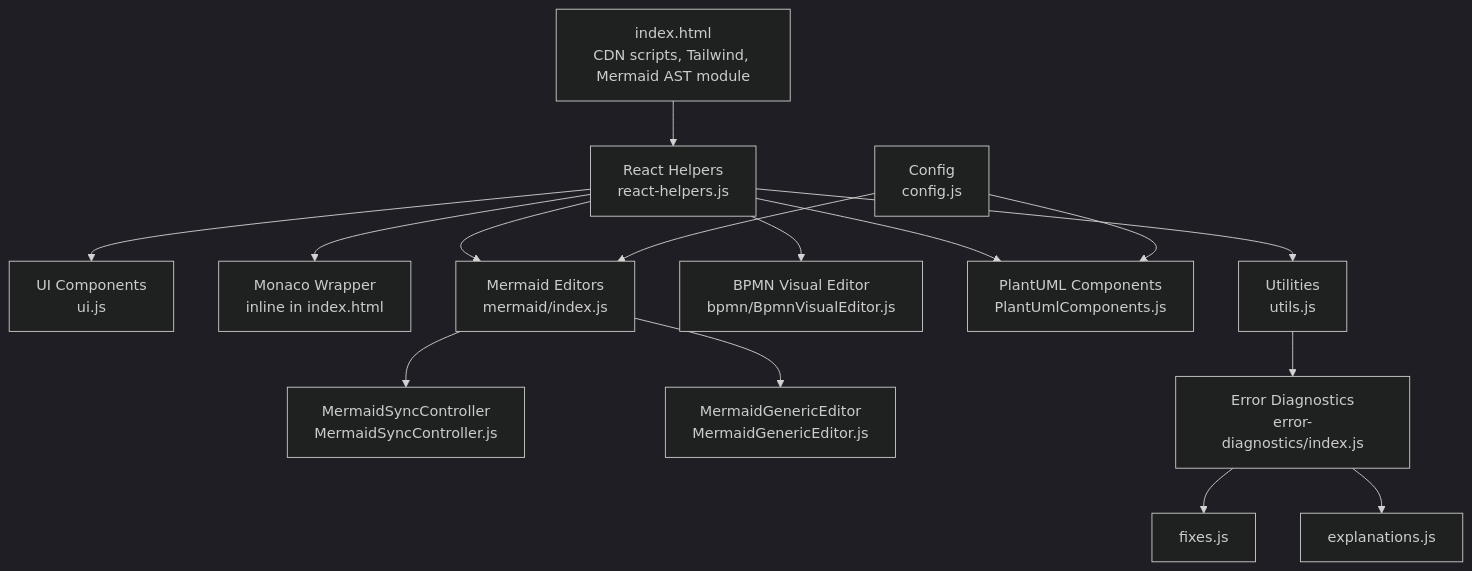
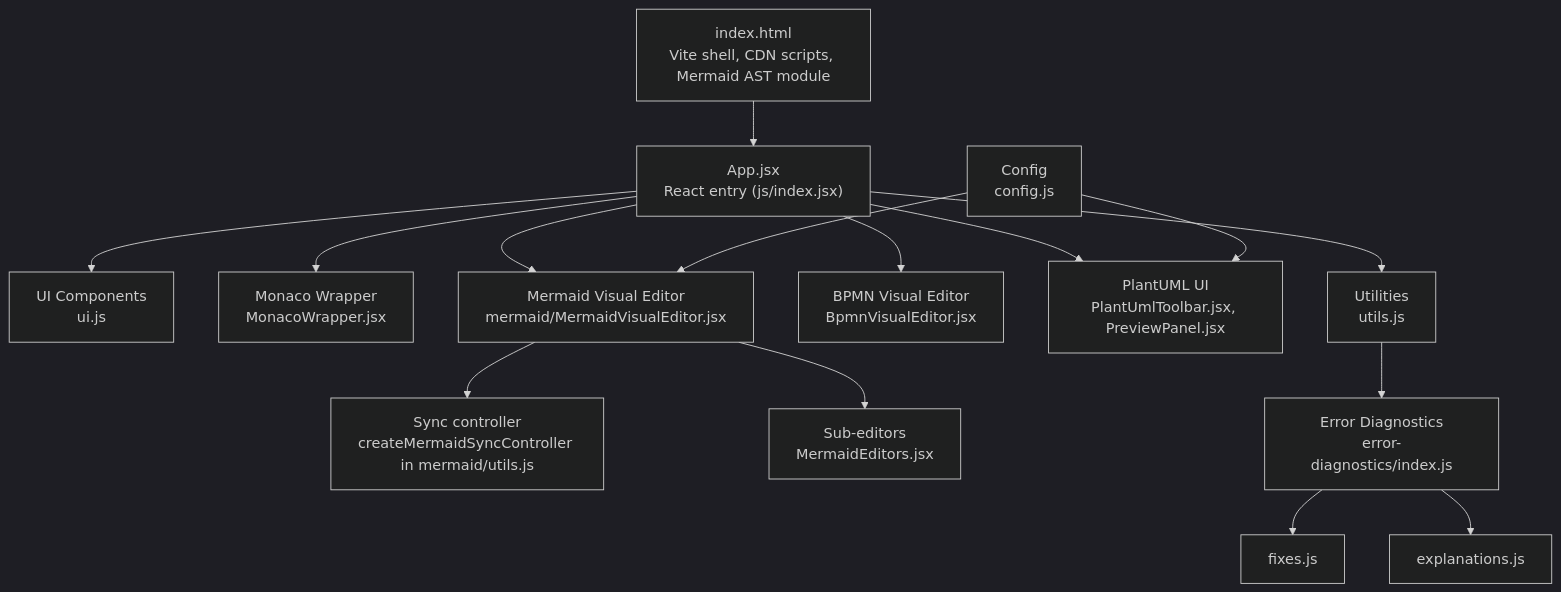
The first of 6 diagrams in .qoder/repowiki/en/content/Advanced Features/Performance Optimization.md (ongchonghian/universal-diagram-editor), drawn with Mermaid (dark theme) before and after one commit. The commit also changed other lines of this file and 31 other files, not shown here.

````diff
--- a/.qoder/repowiki/en/content/Advanced Features/Performance Optimization.md
+++ b/.qoder/repowiki/en/content/Advanced Features/Performance Optimization.md
@@ -38,17 +38,17 @@
 ```mermaid
 graph TB
-A["index.html<br/>CDN scripts, Tailwind, Mermaid AST module"] --> B["React Helpers<br/>react-helpers.js"]
+A["index.html<br/>Vite shell, CDN scripts, Mermaid AST module"] --> B["App.jsx<br/>React entry (js/index.jsx)"]
 B --> C["UI Components<br/>ui.js"]
-B --> D["Monaco Wrapper<br/>inline in index.html"]
-B --> E["Mermaid Editors<br/>mermaid/index.js"]
-E --> E1["MermaidSyncController<br/>MermaidSyncController.js"]
-E --> E2["MermaidGenericEditor<br/>MermaidGenericEditor.js"]
-B --> F["BPMN Visual Editor<br/>bpmn/BpmnVisualEditor.js"]
-B --> G["PlantUML Components<br/>PlantUmlComponents.js"]
+B --> D["Monaco Wrapper<br/>MonacoWrapper.jsx"]
+B --> E["Mermaid Visual Editor<br/>mermaid/MermaidVisualEditor.jsx"]
+E --> E1["Sync controller<br/>createMermaidSyncController in mermaid/utils.js"]
+E --> E2["Sub-editors<br/>MermaidEditors.jsx"]
+B --> F["BPMN Visual Editor<br/>BpmnVisualEditor.jsx"]
+B --> G["PlantUML UI<br/>PlantUmlToolbar.jsx, PreviewPanel.jsx"]
 B --> H["Utilities<br/>utils.js"]
 H --> I["Error Diagnostics<br/>error-diagnostics/index.js"]
 I --> I1["fixes.js"]
 I --> I2["explanations.js"]
 J["Config<br/>config.js"] --> E
 J --> G
 ```
````
